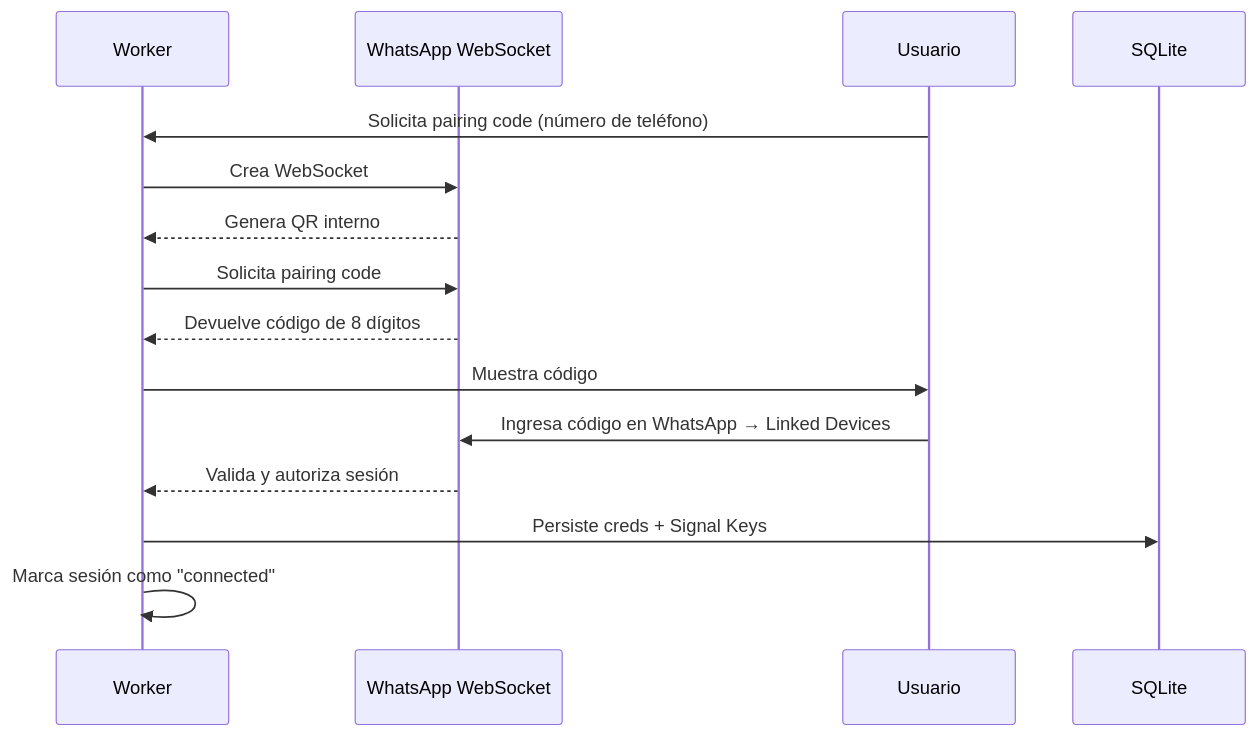
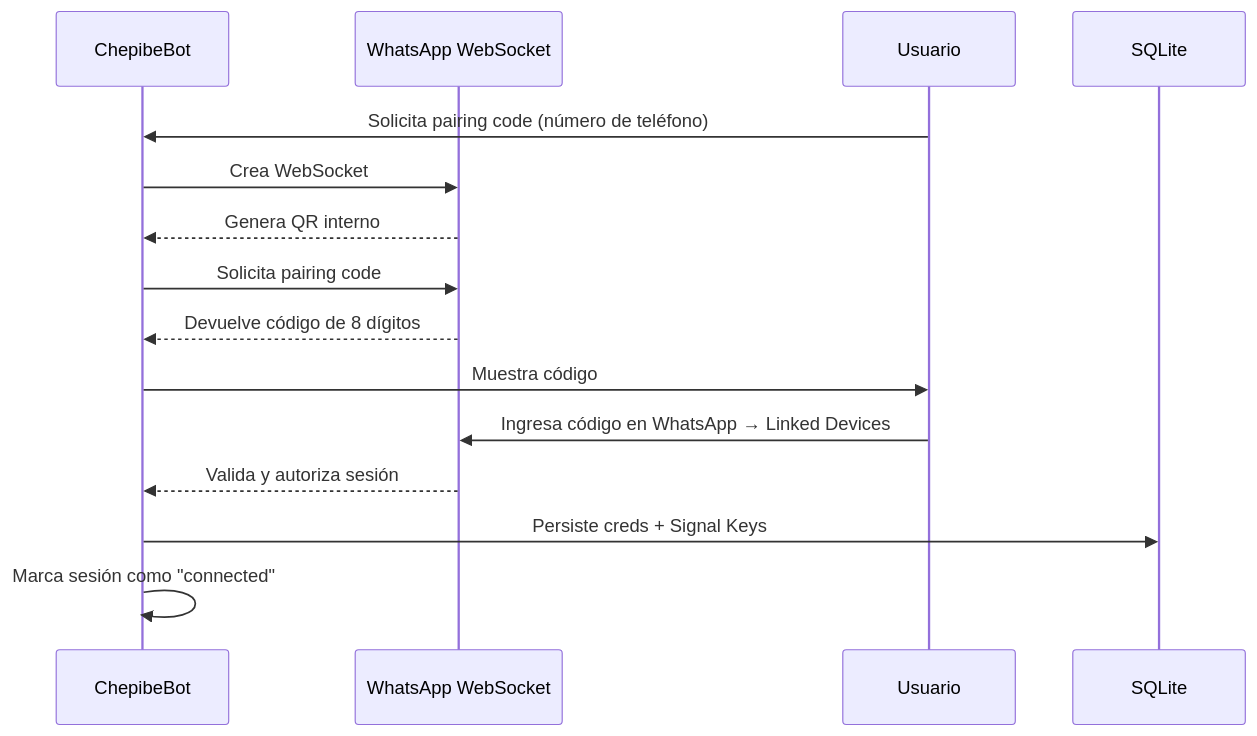
One commit to Fibra-Labs/chepibe-personal changed the second of 4 diagrams in docs/baileys.md. Above: the diagram before and after it, drawn with Mermaid. The commit also changed other lines of this file and 41 other files, not shown here.

````diff
--- a/docs/baileys.md
+++ b/docs/baileys.md
@@ -39,18 +39,18 @@
 ```mermaid
 sequenceDiagram
-    participant W as Worker
+    participant B as ChepibeBot
     participant WS as WhatsApp WebSocket
     participant U as Usuario
     participant DB as SQLite
 
-    U->>W: Solicita pairing code (número de teléfono)
-    W->>WS: Crea WebSocket
-    WS-->>W: Genera QR interno
-    W->>WS: Solicita pairing code
-    WS-->>W: Devuelve código de 8 dígitos
-    W->>U: Muestra código
+    U->>B: Solicita pairing code (número de teléfono)
+    B->>WS: Crea WebSocket
+    WS-->>B: Genera QR interno
+    B->>WS: Solicita pairing code
+    WS-->>B: Devuelve código de 8 dígitos
+    B->>U: Muestra código
     U->>WS: Ingresa código en WhatsApp → Linked Devices
-    WS-->>W: Valida y autoriza sesión
-    W->>DB: Persiste creds + Signal Keys
-    W->>W: Marca sesión como "connected"
+    WS-->>B: Valida y autoriza sesión
+    B->>DB: Persiste creds + Signal Keys
+    B->>B: Marca sesión como "connected"
 ```
````
